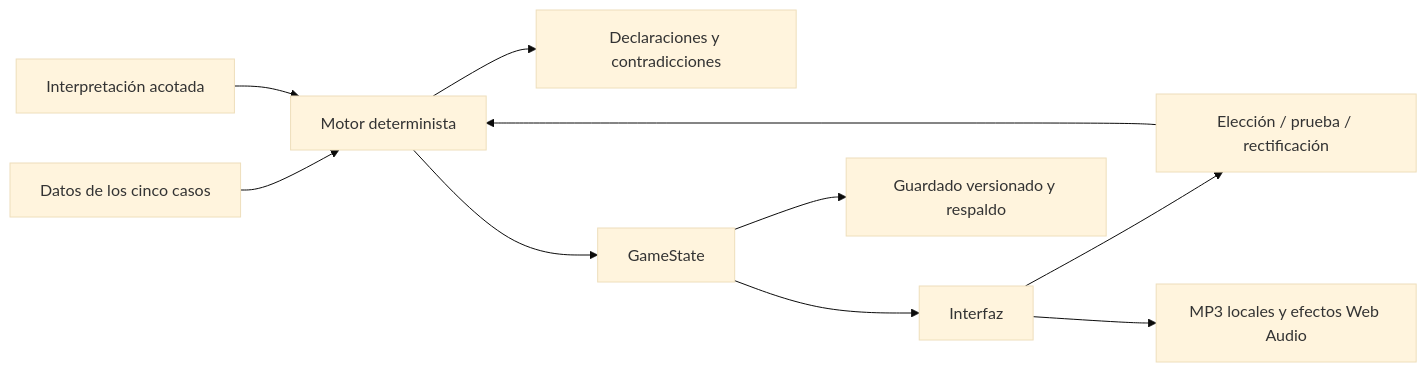
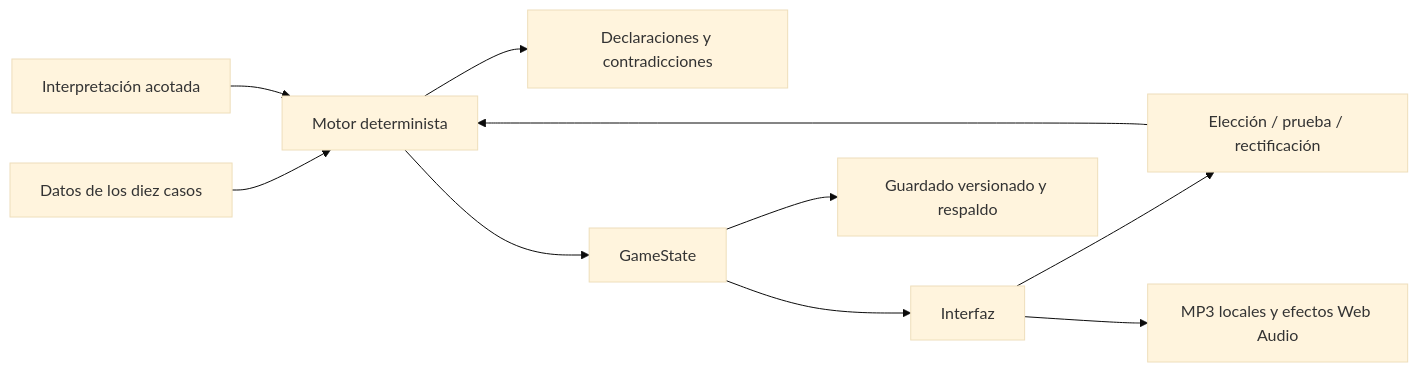
The diagram in docs/ARCHITECTURE.md (Luiszabala9701/estas-seguro-eljuego), drawn with Mermaid (base theme) before and after one commit. The commit also changed other lines of this file and 22 other files, not shown here.

Commit message:
Agrega cinco casos, música y créditos

````diff
--- a/docs/ARCHITECTURE.md
+++ b/docs/ARCHITECTURE.md
@@ -9,12 +9,12 @@
 ```mermaid
 flowchart LR
-  Cases[Datos de los cinco casos] --> Engine[Motor determinista]
+  Cases[Datos de los diez casos] --> Engine[Motor determinista]
   Input[Interpretación acotada] --> Engine
   Engine --> Memory[Declaraciones y contradicciones]
   Engine --> State[GameState]
   State --> UI[Interfaz]
   UI --> Actions[Elección / prueba / rectificación]
   Actions --> Engine
   State --> Save[Guardado versionado y respaldo]
   UI --> Audio[MP3 locales y efectos Web Audio]
 ```
````
